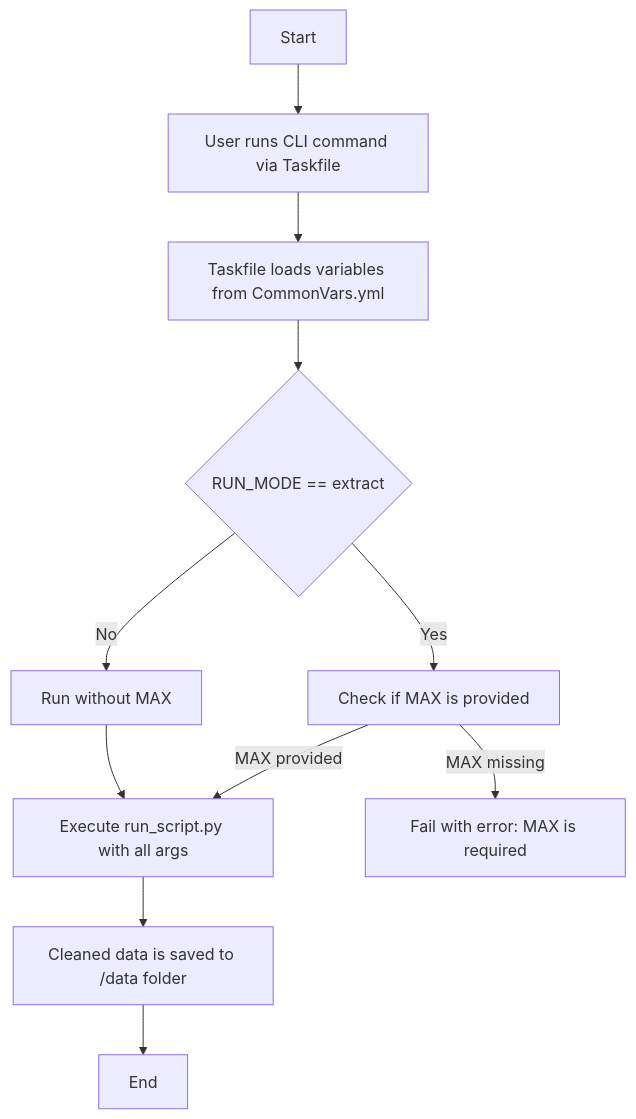
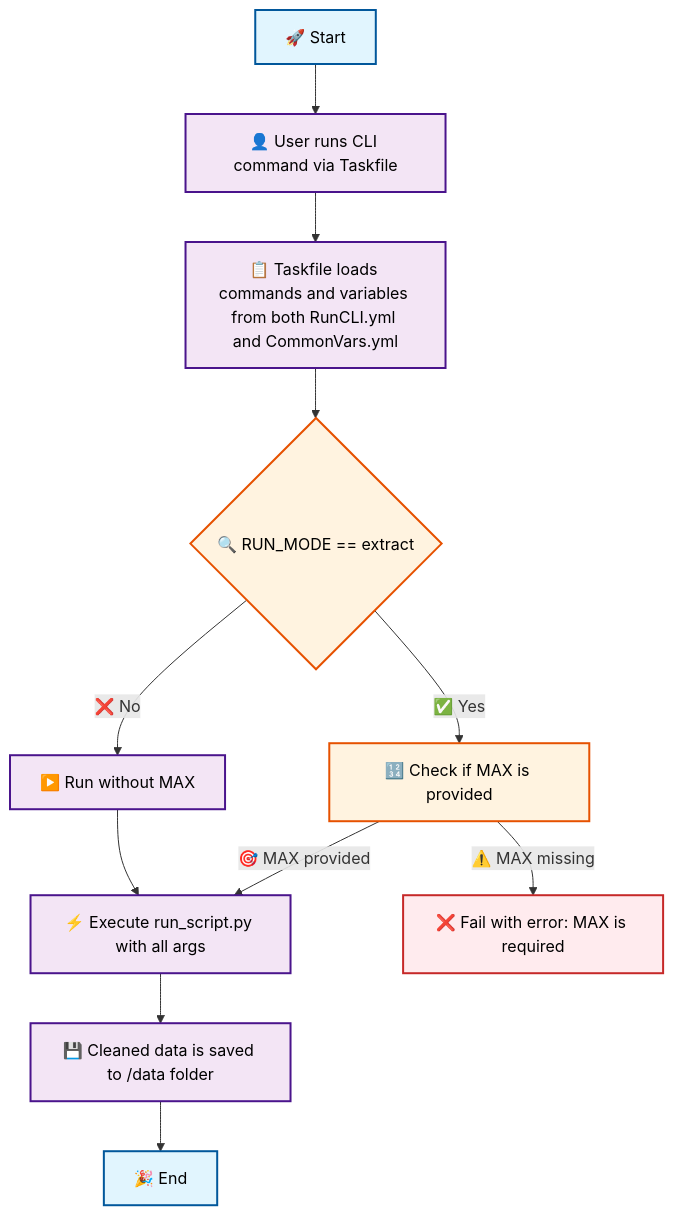
The diagram in README.md (codewithbab015/amazon-scraper-cli), drawn with Mermaid before and after one commit. The commit also changed other lines of this file, not shown here.

Commit message:
scrapers scripts have been adjusted

````diff
--- a/README.md
+++ b/README.md
@@ -75,13 +93,27 @@
 ```mermaid
 flowchart TD
-    A[Start] --> B[User runs CLI command via Taskfile]
-    B --> C[Taskfile loads variables from CommonVars.yml]
-    C --> D{RUN_MODE == extract}
-    D -->|Yes| E[Check if MAX is provided]
-    D -->|No| F[Run without MAX]
-    E -->|MAX provided| G[Execute run_script.py with all args]
-    E -->|MAX missing| H[Fail with error: MAX is required]
+    %% Define styles for modern look
+    classDef startEnd fill:#e1f5fe,stroke:#01579b,stroke-width:2px,color:#000
+    classDef process fill:#f3e5f5,stroke:#4a148c,stroke-width:2px,color:#000
+    classDef decision fill:#fff3e0,stroke:#e65100,stroke-width:2px,color:#000
+    classDef success fill:#e8f5e8,stroke:#2e7d32,stroke-width:2px,color:#000
+    classDef error fill:#ffebee,stroke:#c62828,stroke-width:2px,color:#000
+    
+    %% Main flow
+    A[🚀 Start] --> B[👤 User runs CLI command via Taskfile]
+    B --> C[📋 Taskfile loads commands and variables from both RunCLI.yml and CommonVars.yml]
+    C --> D{🔍 RUN_MODE == extract}
+    D -->|✅ Yes| E[🔢 Check if MAX is provided]
+    D -->|❌ No| F[▶️ Run without MAX]
+    E -->|🎯 MAX provided| G[⚡ Execute run_script.py with all args]
+    E -->|⚠️ MAX missing| H[❌ Fail with error: MAX is required]
     F --> G
-    G --> I[Cleaned data is saved to /data folder]
-    I --> J[End]
+    G --> I[💾 Cleaned data is saved to /data folder]
+    I --> J[🎉 End]
+    
+    %% Apply styles
+    class A,J startEnd
+    class B,C,F,G,I process
+    class D,E decision
+    class H error
 ```
````
